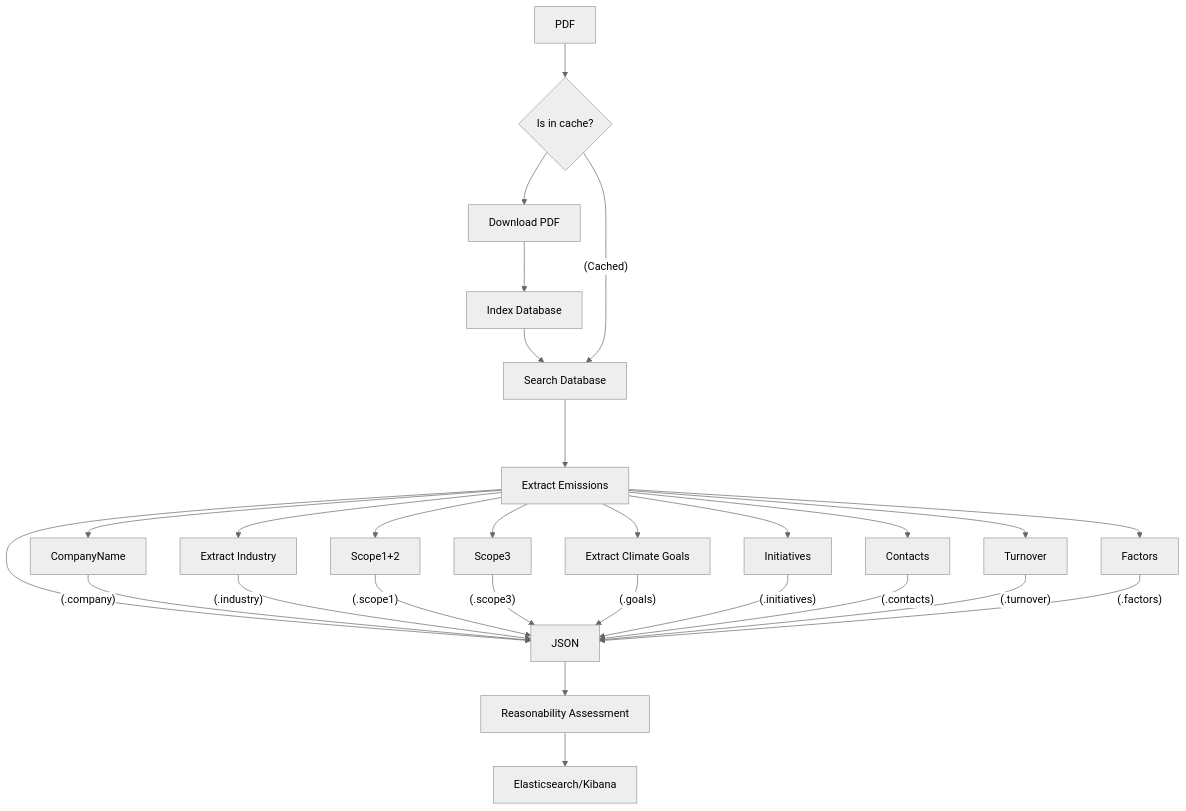
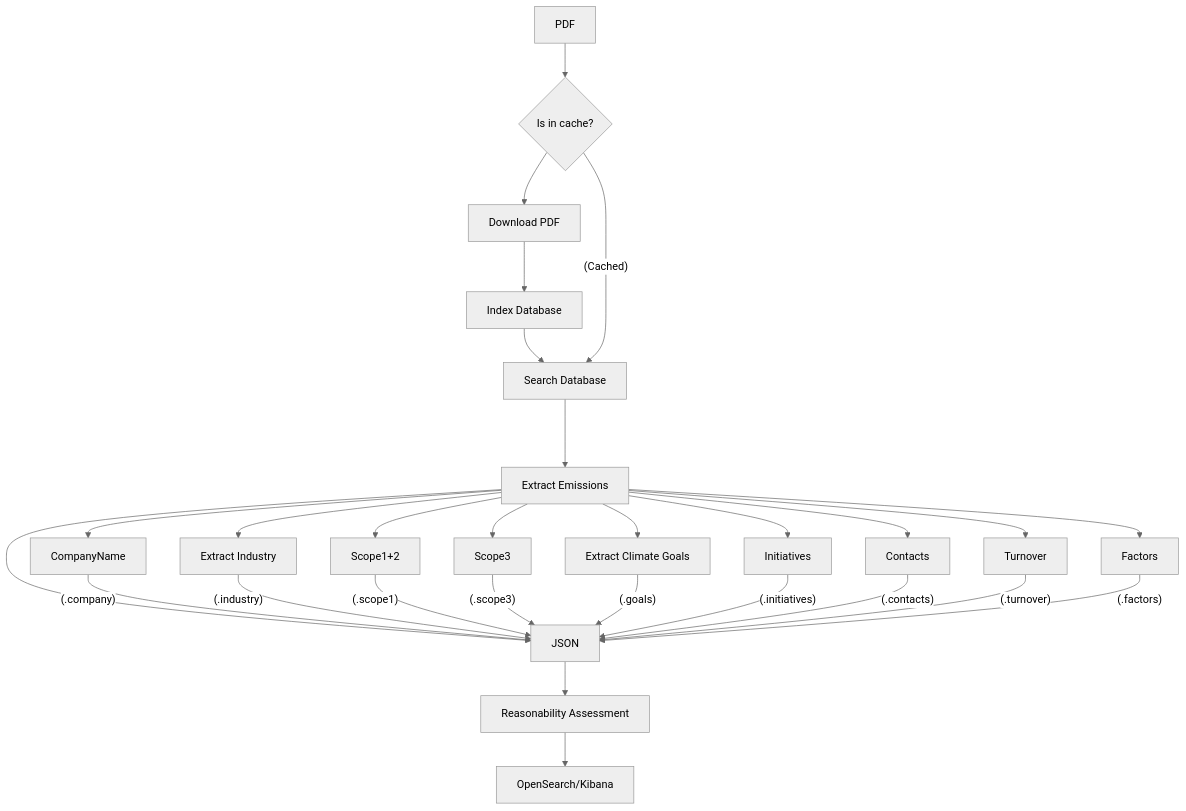
Before and after one commit to Klimatbyran/garbo: the diagram in README.md, drawn with Mermaid (neutral theme). The commit also changed other lines of this file and 4 other files, not shown here.

````diff
--- a/README.md
+++ b/README.md
@@ -19,33 +19,33 @@
 ```mermaid
 flowchart TB
 
     A[PDF]
     B{Is in cache?}
     C[Download PDF]
     D[Index Database]
     E[Search Database]
     F[Extract Emissions]
     G[JSON]
 
     Industry[Extract Industry]
     Goals[Extract Climate Goals]
     Review[Reasonability Assessment]
 
 
-    DB[Elasticsearch/Kibana]
+    DB[OpenSearch/Kibana]
 
     A --> B --> C --> D --> E ---> F ---> G
     B --(Cached)--> E
 
     F --> CompanyName --(.company)--> G
     F --> Industry --(.industry)--> G
     F --> Scope1+2 --(.scope1)--> G
     F --> Scope3 --(.scope3)--> G
     F --> Goals --(.goals)--> G
     F --> Initiatives --(.initiatives)--> G
     F --> Contacts --(.contacts)--> G
     F --> Turnover --(.turnover)--> G
     F --> Factors --(.factors)--> G
 
     G --> Review --> DB
 ```
````
